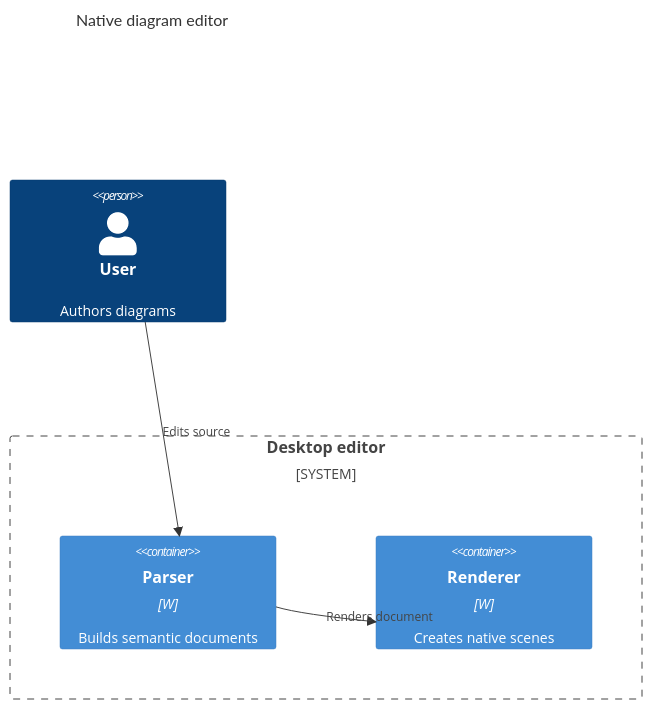
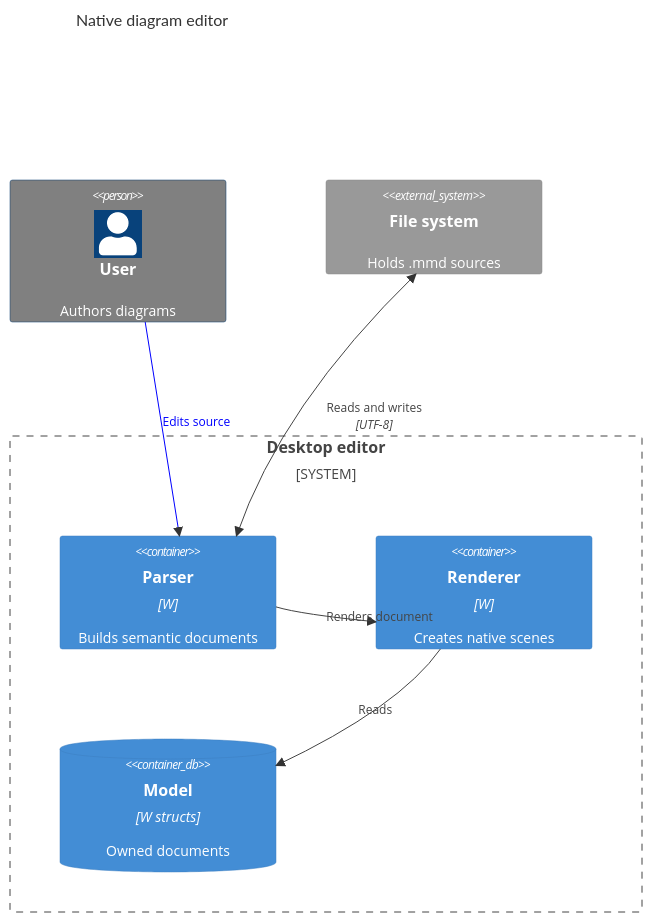
The diagram in examples/mermaid/c4.mmd (reardan/w), drawn with Mermaid before and after one commit. The commit also changed 8 other files, not shown here.

First line of the commit message:
mermaid: use case tests, family examples and reference docs for architecture, use case and C4

```diff
--- a/examples/mermaid/c4.mmd
+++ b/examples/mermaid/c4.mmd
@@ -1,9 +1,16 @@
 C4Container
 title Native diagram editor
 Person(user, "User", "Authors diagrams")
+System_Ext(store, "File system", $descr="Holds .mmd sources", $tags="v1")
 System_Boundary(editor, "Desktop editor") {
   Container(parser, "Parser", "W", "Builds semantic documents")
   Container(renderer, "Renderer", "W", "Creates native scenes")
+  ContainerDb(model, "Model", "W structs", $descr="Owned documents")
 }
 Rel(user, parser, "Edits source")
 Rel(parser, renderer, "Renders document")
+Rel_R(renderer, model, "Reads")
+BiRel(parser, store, "Reads and writes", "UTF-8")
+UpdateElementStyle(user, $bgColor="grey")
+UpdateRelStyle(user, parser, $textColor="blue", $lineColor="blue", $offsetY="-10")
+UpdateLayoutConfig($c4ShapeInRow="3", $c4BoundaryInRow="1")
```
